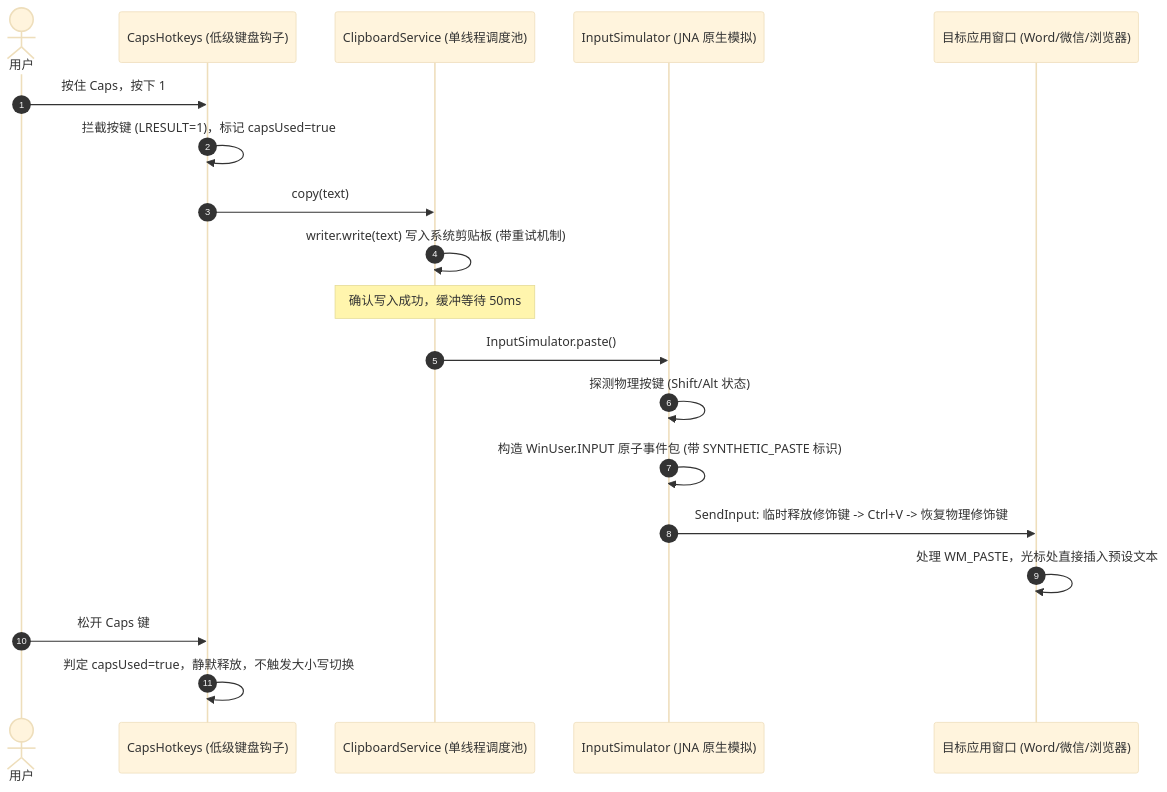
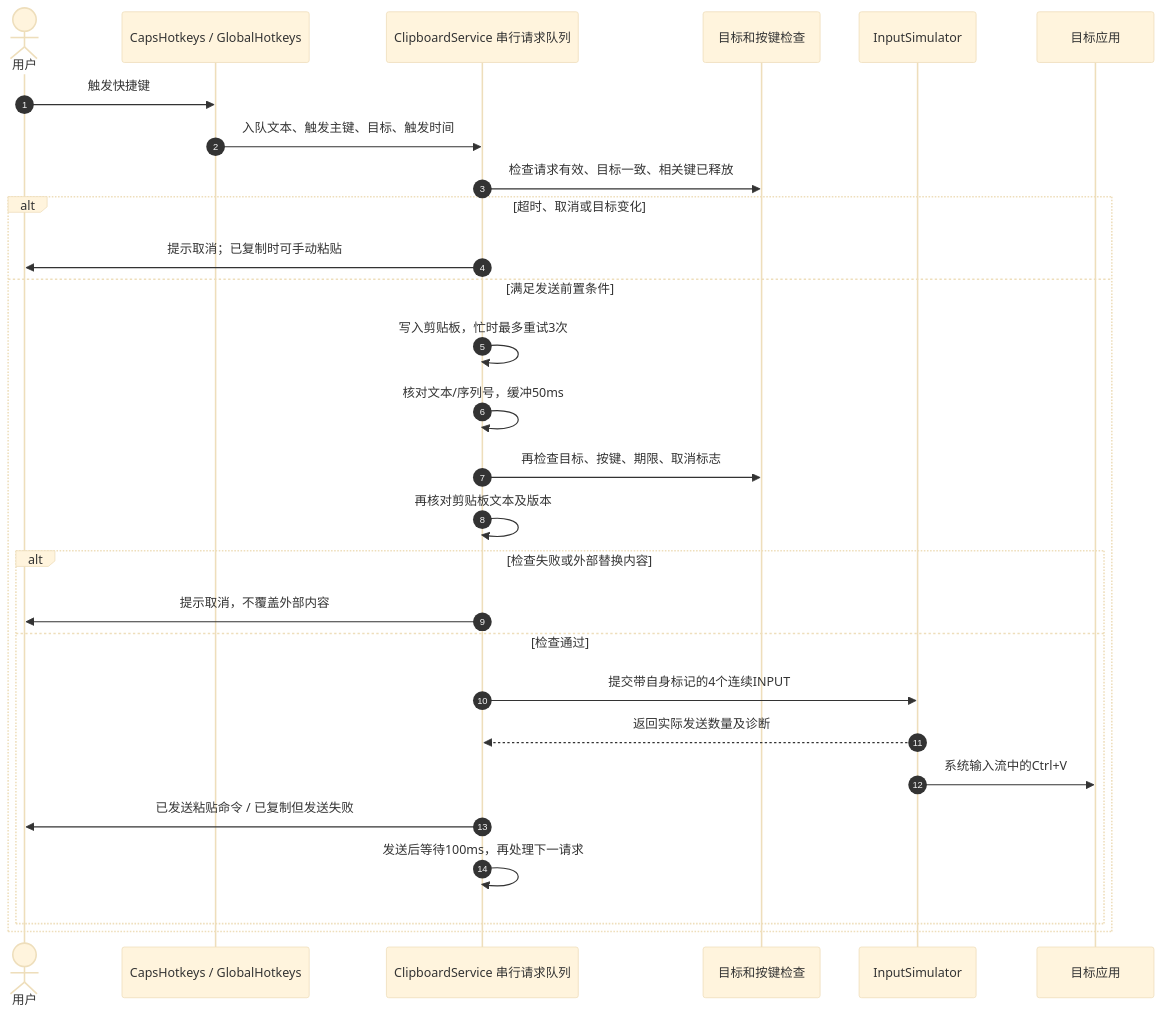
One commit to yudalang3/CopyWords changed the diagram in auto-paste-design-and-plan.md. Above: the diagram before and after it, drawn with Mermaid (base theme). The commit also changed other lines of this file, not shown here.

Commit message:
Revise auto-paste design with review rationale

````diff
--- a/auto-paste-design-and-plan.md
+++ b/auto-paste-design-and-plan.md
@@ -134,22 +163,31 @@
 ```mermaid
 sequenceDiagram
     autonumber
     actor User as 用户
-    participant Hook as CapsHotkeys (低级键盘钩子)
-    participant Clip as ClipboardService (单线程调度池)
-    participant Sim as InputSimulator (JNA 原生模拟)
-    participant App as 目标应用窗口 (Word/微信/浏览器)
+    participant Hotkeys as CapsHotkeys / GlobalHotkeys
+    participant Worker as ClipboardService 串行请求队列
+    participant Guard as 目标和按键检查
+    participant Sim as InputSimulator
+    participant App as 目标应用
 
-    User->>Hook: 按住 Caps，按下 1
-    Hook->>Hook: 拦截按键 (LRESULT=1)，标记 capsUsed=true
-    Hook->>Clip: copy(text)
-    Clip->>Clip: writer.write(text) 写入系统剪贴板 (带重试机制)
-    Note over Clip: 确认写入成功，缓冲等待 50ms
-    Clip->>Sim: InputSimulator.paste()
-    Sim->>Sim: 探测物理按键 (Shift/Alt 状态)
-    Sim->>Sim: 构造 WinUser.INPUT 原子事件包 (带 SYNTHETIC_PASTE 标识)
-    Sim->>App: SendInput: 临时释放修饰键 -> Ctrl+V -> 恢复物理修饰键
-    App->>App: 处理 WM_PASTE，光标处直接插入预设文本
-    User->>Hook: 松开 Caps 键
-    Hook->>Hook: 判定 capsUsed=true，静默释放，不触发大小写切换
+    User->>Hotkeys: 触发快捷键
+    Hotkeys->>Worker: 入队文本、触发主键、目标、触发时间
+    Worker->>Guard: 检查请求有效、目标一致、相关键已释放
+    alt 超时、取消或目标变化
+        Worker->>User: 提示取消；已复制时可手动粘贴
+    else 满足发送前置条件
+        Worker->>Worker: 写入剪贴板，忙时最多重试3次
+        Worker->>Worker: 核对文本/序列号，缓冲50ms
+        Worker->>Guard: 再检查目标、按键、期限、取消标志
+        Worker->>Worker: 再核对剪贴板文本及版本
+        alt 检查失败或外部替换内容
+            Worker->>User: 提示取消，不覆盖外部内容
+        else 检查通过
+            Worker->>Sim: 提交带自身标记的4个连续INPUT
+            Sim-->>Worker: 返回实际发送数量及诊断
+            Sim->>App: 系统输入流中的Ctrl+V
+            Worker->>User: 已发送粘贴命令 / 已复制但发送失败
+            Worker->>Worker: 发送后等待100ms，再处理下一请求
+        end
+    end
 ```
````
